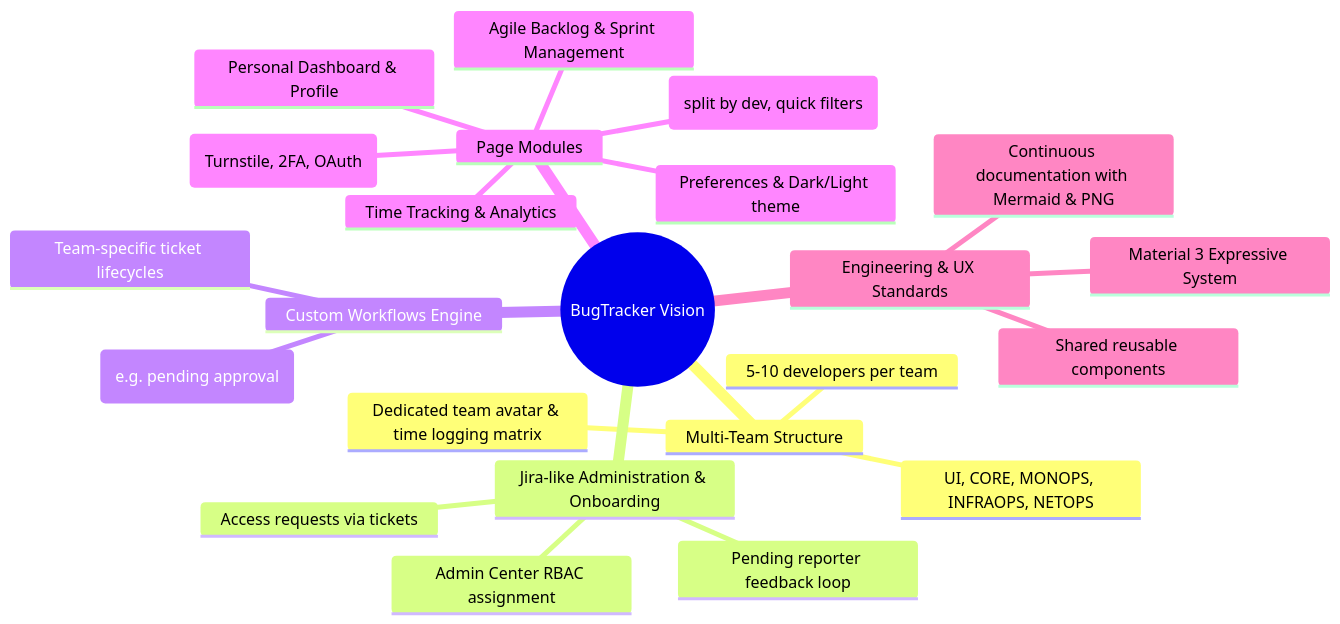
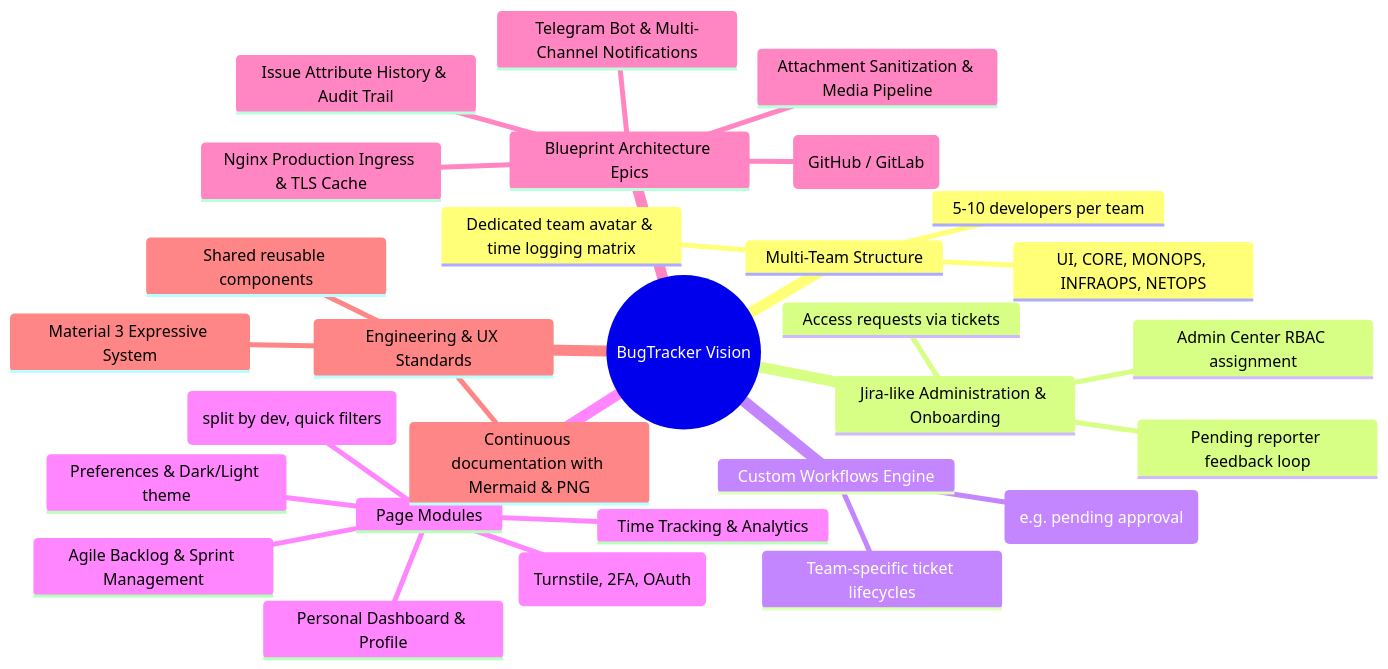
The diagram in documentation/backlog/product_ideas.md (finkord/bug-tracker), drawn with Mermaid before and after one commit. The commit also changed other lines of this file, not shown here.

First line of the commit message:
docs(backlog): add architecture evolution epics from blueprint analysis

````diff
--- a/documentation/backlog/product_ideas.md
+++ b/documentation/backlog/product_ideas.md
@@ -9,26 +9,32 @@
 ```mermaid
 mindmap
   root((BugTracker Vision))
     Multi-Team Structure
       UI, CORE, MONOPS, INFRAOPS, NETOPS
       5-10 developers per team
       Dedicated team avatar & time logging matrix
     Jira-like Administration & Onboarding
       Access requests via tickets
       Admin Center RBAC assignment
       Pending reporter feedback loop
     Custom Workflows Engine
       Team-specific ticket lifecycles
       Configurable transitions (e.g. pending approval)
     Page Modules
       Landing & Auth (Turnstile, 2FA, OAuth)
       Kanban Board (split by dev, quick filters)
       Agile Backlog & Sprint Management
       Personal Dashboard & Profile
       Preferences & Dark/Light theme
       Time Tracking & Analytics
+    Blueprint Architecture Epics
+      Git Webhook Connector (GitHub / GitLab)
+      Issue Attribute History & Audit Trail
+      Telegram Bot & Multi-Channel Notifications
+      Nginx Production Ingress & TLS Cache
+      Attachment Sanitization & Media Pipeline
     Engineering & UX Standards
       Material 3 Expressive System
       Shared reusable components
       Continuous documentation with Mermaid & PNG
 ```
````
